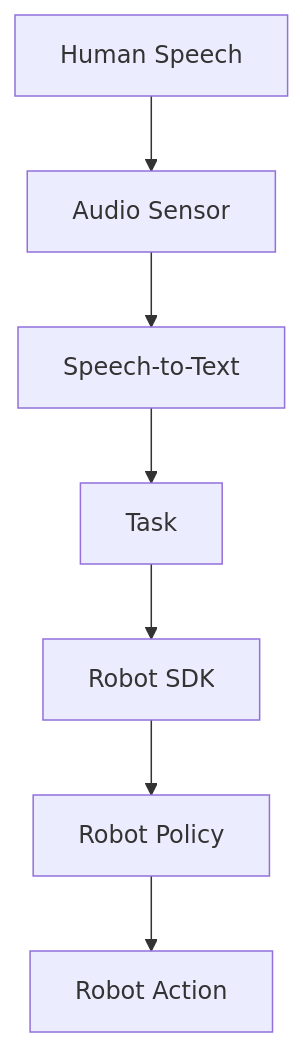
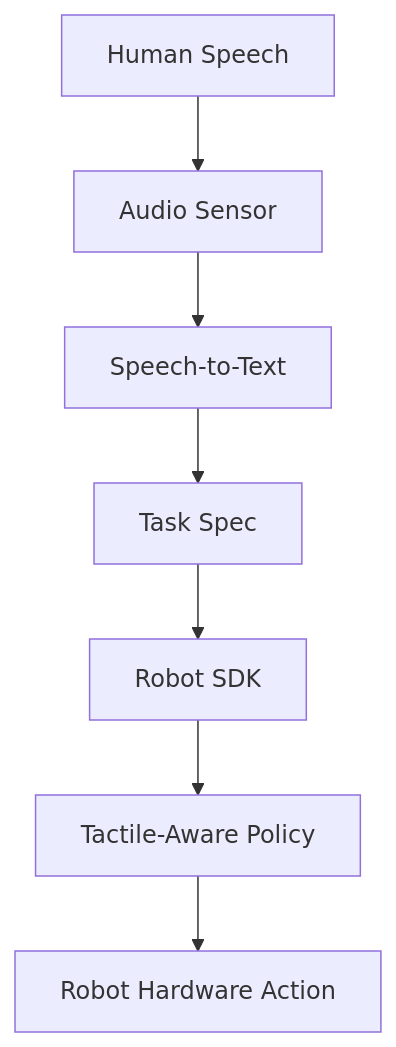
Before and after one commit to Freelunch-AI/freelunch-ide: the ninth of 11 diagrams in docs/specs/post-demo/lunch_robotics.md, drawn with Mermaid. The commit also changed other lines of this file, not shown here.

````diff
--- a/docs/specs/post-demo/lunch_robotics.md
+++ b/docs/specs/post-demo/lunch_robotics.md
@@ -552,9 +445,9 @@
 ```mermaid
 flowchart TD
     A["Human Speech"] --> B["Audio Sensor"]
     B --> C["Speech-to-Text"]
-    C --> D["Task"]
+    C --> D["Task Spec"]
     D --> E["Robot SDK"]
-    E --> F["Robot Policy"]
-    F --> G["Robot Action"]
+    E --> F["Tactile-Aware Policy"]
+    F --> G["Robot Hardware Action"]
 ```
````
